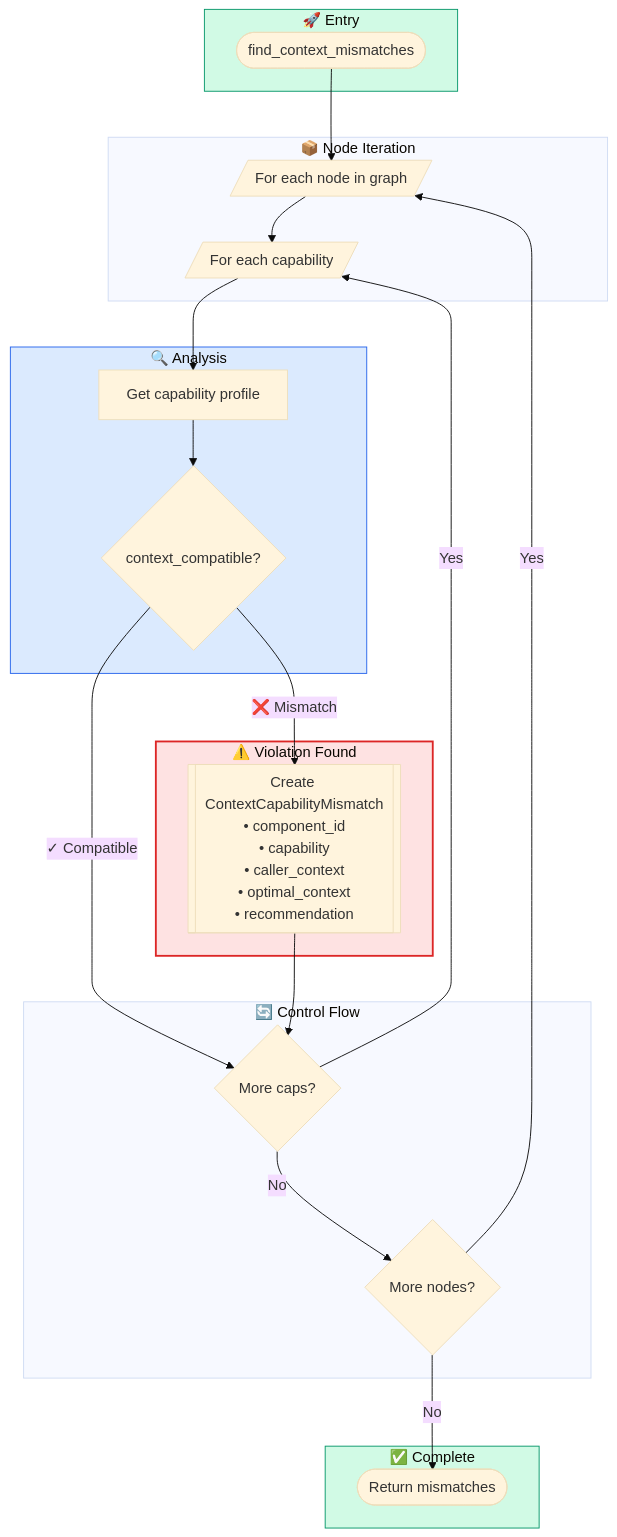
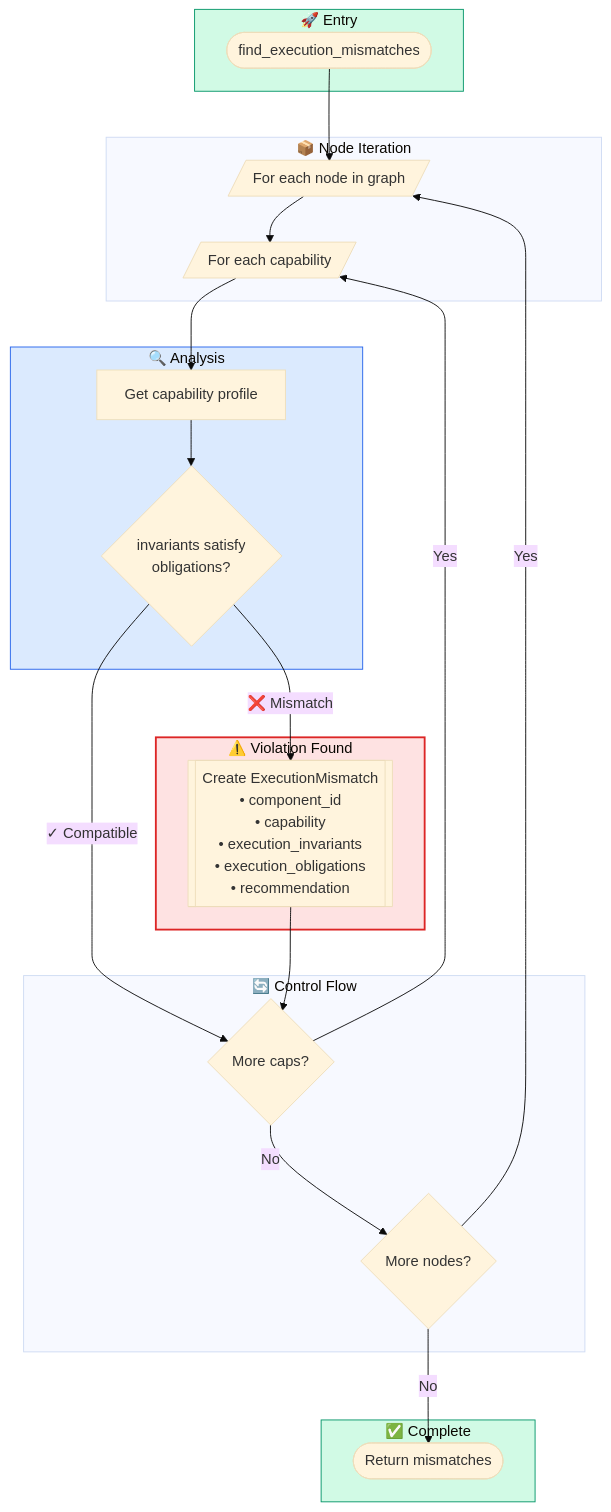
The second of 19 diagrams in .tasks/plans/algorithm enhancer/feedback.md (nestharus/ai-workflow), drawn with Mermaid (base theme) before and after one commit. The commit also changed other lines of this file and 14 other files, not shown here.

````diff
--- a/.tasks/plans/algorithm enhancer/feedback.md
+++ b/.tasks/plans/algorithm enhancer/feedback.md
@@ -55,46 +60,46 @@
 ```mermaid
 flowchart TB
     subgraph entrypoint["🚀 Entry"]
-        start([find_context_mismatches])
+        start([find_execution_mismatches])
     end
 
     subgraph nodeLoop["📦 Node Iteration"]
         iterate[/"For each node in graph"/]
         getcap[/"For each capability"/]
     end
 
     subgraph analysis["🔍 Analysis"]
         getprofile["Get capability profile"]
-        check{"context_compatible?"}
+        check{"invariants satisfy\nobligations?"}
     end
 
     subgraph violation["⚠️ Violation Found"]
-        add[["Create ContextCapabilityMismatch\n• component_id\n• capability\n• caller_context\n• optimal_context\n• recommendation"]]
+        add[["Create ExecutionMismatch\n• component_id\n• capability\n• execution_invariants\n• execution_obligations\n• recommendation"]]
     end
 
     subgraph control["🔄 Control Flow"]
         nextcap{More caps?}
         nextnode{More nodes?}
     end
 
     subgraph exitpoint["✅ Complete"]
         return([Return mismatches])
     end
 
     start --> iterate
     iterate --> getcap
     getcap --> getprofile
     getprofile --> check
     check -->|"❌ Mismatch"| add
     check -->|"✓ Compatible"| nextcap
     add --> nextcap
     nextcap -->|Yes| getcap
     nextcap -->|No| nextnode
     nextnode -->|Yes| iterate
     nextnode -->|No| return
 
     style violation fill:#fee2e2,stroke:#dc2626,stroke-width:2px
     style analysis fill:#dbeafe,stroke:#2563eb
     style entrypoint fill:#d1fae5,stroke:#059669
     style exitpoint fill:#d1fae5,stroke:#059669
 ```
````
